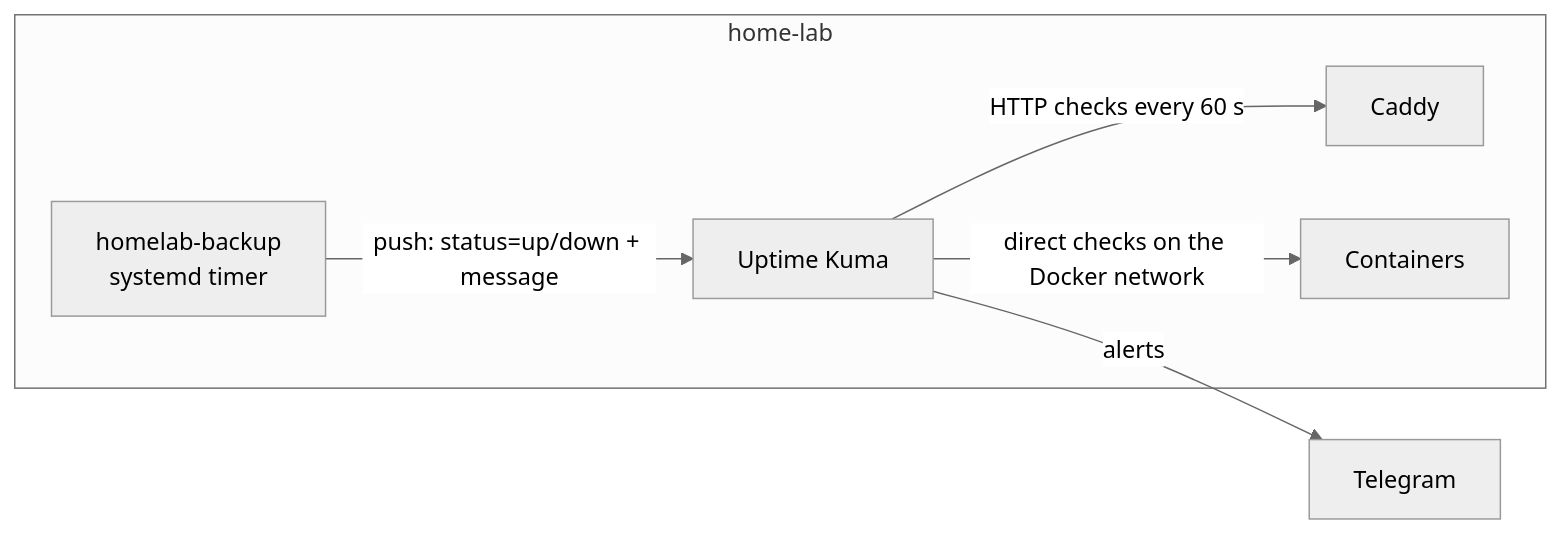
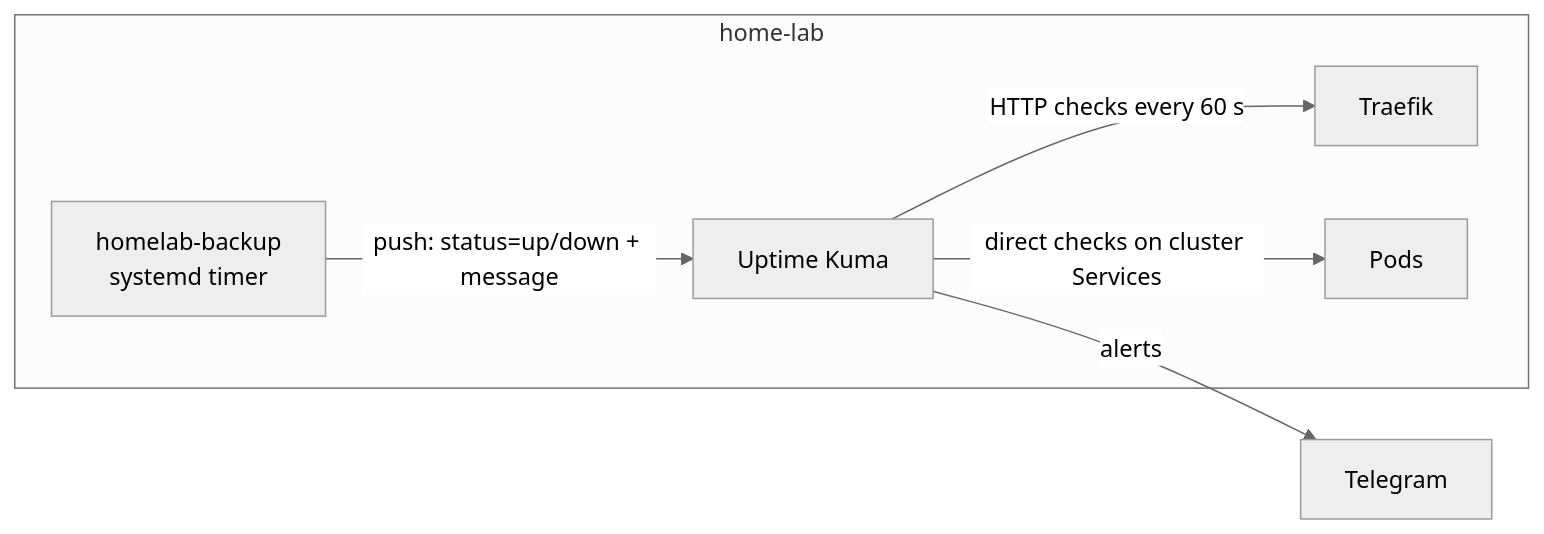
One commit to AshiqAbdulkhader/Homelab changed the diagram in docs/monitoring.md. Above: the diagram before and after it, drawn with Mermaid (neutral theme). The commit also changed other lines of this file and 7 other files, not shown here.

````diff
--- a/docs/monitoring.md
+++ b/docs/monitoring.md
@@ -11,13 +13,13 @@
 ```mermaid
 flowchart LR
     subgraph host [home-lab]
         kuma[Uptime Kuma]
-        caddy[Caddy]
-        apps[Containers]
+        traefik[Traefik]
+        apps[Pods]
         backup[homelab-backup<br/>systemd timer]
     end
-    kuma -->|"HTTP checks every 60 s"| caddy
-    kuma -->|"direct checks on the Docker network"| apps
+    kuma -->|"HTTP checks every 60 s"| traefik
+    kuma -->|"direct checks on cluster Services"| apps
     backup -->|"push: status=up/down + message"| kuma
     kuma -->|alerts| tg[Telegram]
 ```
````
